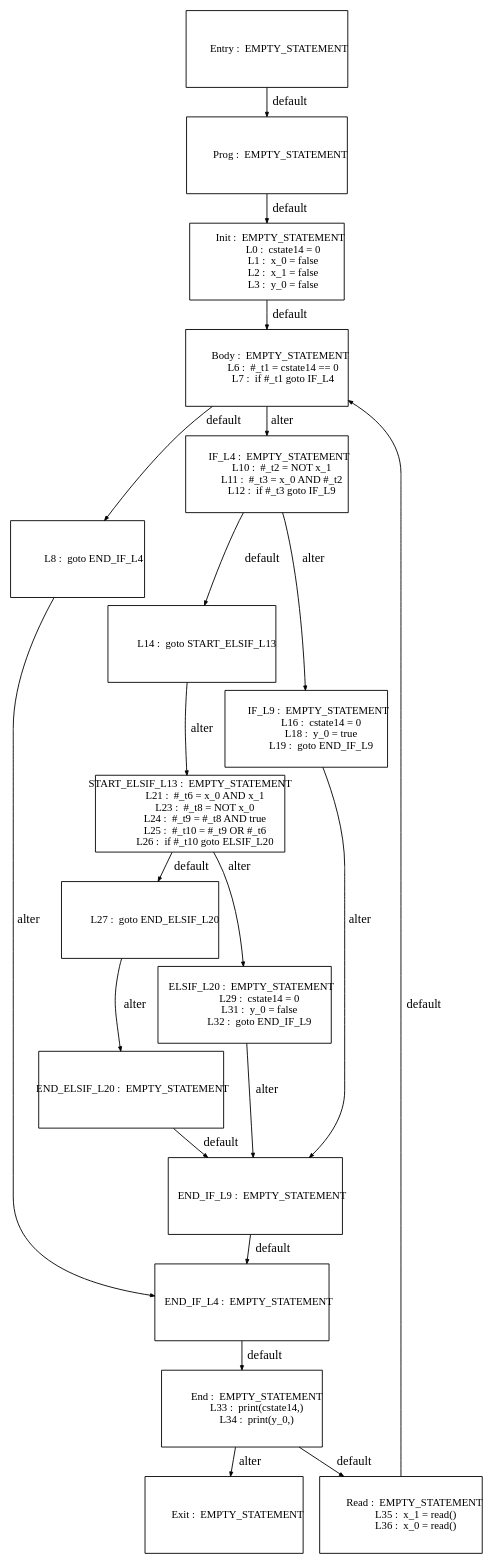
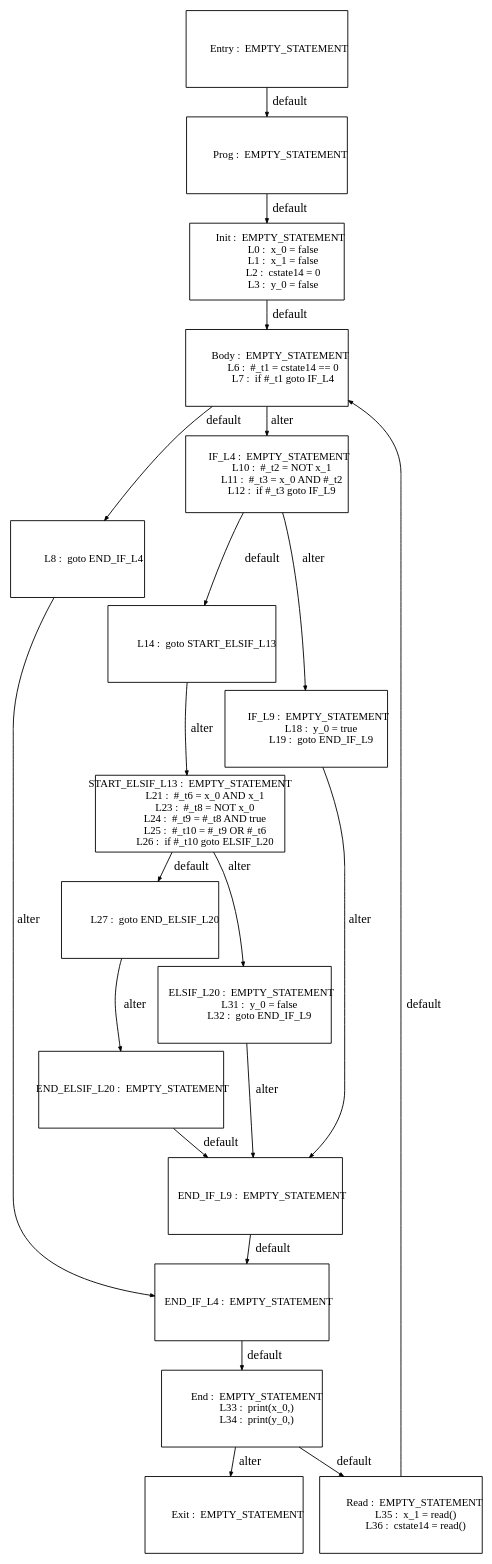
The diagram in tests_programs/paper1_tests/FB_G4LTL1_output/Graph_DSE_0.dot (Geoffrey1014/ST_DSE), drawn with Graphviz before and after one commit. The commit also changed 45 other files, not shown here.

```diff
--- a/tests_programs/paper1_tests/FB_G4LTL1_output/Graph_DSE_0.dot
+++ b/tests_programs/paper1_tests/FB_G4LTL1_output/Graph_DSE_0.dot
@@ -1,170 +1,164 @@
 digraph G {
   ranksep=.25;
   edge [arrowsize=.5]
   node [shape=rectangle, fontname="ArialNarrow",
         fontsize=12,  height=1.2];
   "           Prog :  EMPTY_STATEMENT
 "; "           Init :  EMPTY_STATEMENT
-             L0 :  cstate14 = 0
-             L1 :  x_0 = false
-             L2 :  x_1 = false
+             L0 :  x_0 = false
+             L1 :  x_1 = false
+             L2 :  cstate14 = 0
              L3 :  y_0 = false
 "; "           Body :  EMPTY_STATEMENT
              L6 :  #_t1 = cstate14 == 0
              L7 :  if #_t1 goto IF_L4
 "; "             L8 :  goto END_IF_L4
 "; "          IF_L4 :  EMPTY_STATEMENT
             L10 :  #_t2 = NOT x_1
             L11 :  #_t3 = x_0 AND #_t2
             L12 :  if #_t3 goto IF_L9
 "; "            L14 :  goto START_ELSIF_L13
 "; "          IF_L9 :  EMPTY_STATEMENT
-            L16 :  cstate14 = 0
             L18 :  y_0 = true
             L19 :  goto END_IF_L9
 "; "START_ELSIF_L13 :  EMPTY_STATEMENT
             L21 :  #_t6 = x_0 AND x_1
             L23 :  #_t8 = NOT x_0
             L24 :  #_t9 = #_t8 AND true
             L25 :  #_t10 = #_t9 OR #_t6
             L26 :  if #_t10 goto ELSIF_L20
 "; "            L27 :  goto END_ELSIF_L20
 "; "      ELSIF_L20 :  EMPTY_STATEMENT
-            L29 :  cstate14 = 0
             L31 :  y_0 = false
             L32 :  goto END_IF_L9
 "; "  END_ELSIF_L20 :  EMPTY_STATEMENT
 "; "      END_IF_L9 :  EMPTY_STATEMENT
 "; "      END_IF_L4 :  EMPTY_STATEMENT
 "; "          Entry :  EMPTY_STATEMENT
 "; "            End :  EMPTY_STATEMENT
-            L33 :  print(cstate14,)
+            L33 :  print(x_0,)
             L34 :  print(y_0,)
 "; "           Exit :  EMPTY_STATEMENT
 "; "           Read :  EMPTY_STATEMENT
             L35 :  x_1 = read()
-            L36 :  x_0 = read()
+            L36 :  cstate14 = read()
 "; 
   "           Prog :  EMPTY_STATEMENT
 " -> "           Init :  EMPTY_STATEMENT
-             L0 :  cstate14 = 0
-             L1 :  x_0 = false
-             L2 :  x_1 = false
+             L0 :  x_0 = false
+             L1 :  x_1 = false
+             L2 :  cstate14 = 0
              L3 :  y_0 = false
 "  [label="default"];
   "           Init :  EMPTY_STATEMENT
-             L0 :  cstate14 = 0
-             L1 :  x_0 = false
-             L2 :  x_1 = false
+             L0 :  x_0 = false
+             L1 :  x_1 = false
+             L2 :  cstate14 = 0
              L3 :  y_0 = false
 " -> "           Body :  EMPTY_STATEMENT
              L6 :  #_t1 = cstate14 == 0
              L7 :  if #_t1 goto IF_L4
 "  [label="default"];
   "           Body :  EMPTY_STATEMENT
              L6 :  #_t1 = cstate14 == 0
              L7 :  if #_t1 goto IF_L4
 " -> "             L8 :  goto END_IF_L4
 "  [label="default"];
   "           Body :  EMPTY_STATEMENT
              L6 :  #_t1 = cstate14 == 0
              L7 :  if #_t1 goto IF_L4
 " -> "          IF_L4 :  EMPTY_STATEMENT
             L10 :  #_t2 = NOT x_1
             L11 :  #_t3 = x_0 AND #_t2
             L12 :  if #_t3 goto IF_L9
 "  [label="alter"];
   "             L8 :  goto END_IF_L4
 " -> "      END_IF_L4 :  EMPTY_STATEMENT
 "  [label="alter"];
   "          IF_L4 :  EMPTY_STATEMENT
             L10 :  #_t2 = NOT x_1
             L11 :  #_t3 = x_0 AND #_t2
             L12 :  if #_t3 goto IF_L9
 " -> "            L14 :  goto START_ELSIF_L13
 "  [label="default"];
   "          IF_L4 :  EMPTY_STATEMENT
             L10 :  #_t2 = NOT x_1
             L11 :  #_t3 = x_0 AND #_t2
             L12 :  if #_t3 goto IF_L9
 " -> "          IF_L9 :  EMPTY_STATEMENT
-            L16 :  cstate14 = 0
             L18 :  y_0 = true
             L19 :  goto END_IF_L9
 "  [label="alter"];
   "            L14 :  goto START_ELSIF_L13
 " -> "START_ELSIF_L13 :  EMPTY_STATEMENT
             L21 :  #_t6 = x_0 AND x_1
             L23 :  #_t8 = NOT x_0
             L24 :  #_t9 = #_t8 AND true
             L25 :  #_t10 = #_t9 OR #_t6
             L26 :  if #_t10 goto ELSIF_L20
 "  [label="alter"];
   "          IF_L9 :  EMPTY_STATEMENT
-            L16 :  cstate14 = 0
             L18 :  y_0 = true
             L19 :  goto END_IF_L9
 " -> "      END_IF_L9 :  EMPTY_STATEMENT
 "  [label="alter"];
   "START_ELSIF_L13 :  EMPTY_STATEMENT
             L21 :  #_t6 = x_0 AND x_1
             L23 :  #_t8 = NOT x_0
             L24 :  #_t9 = #_t8 AND true
             L25 :  #_t10 = #_t9 OR #_t6
             L26 :  if #_t10 goto ELSIF_L20
 " -> "            L27 :  goto END_ELSIF_L20
 "  [label="default"];
   "START_ELSIF_L13 :  EMPTY_STATEMENT
             L21 :  #_t6 = x_0 AND x_1
             L23 :  #_t8 = NOT x_0
             L24 :  #_t9 = #_t8 AND true
             L25 :  #_t10 = #_t9 OR #_t6
             L26 :  if #_t10 goto ELSIF_L20
 " -> "      ELSIF_L20 :  EMPTY_STATEMENT
-            L29 :  cstate14 = 0
             L31 :  y_0 = false
             L32 :  goto END_IF_L9
 "  [label="alter"];
   "            L27 :  goto END_ELSIF_L20
 " -> "  END_ELSIF_L20 :  EMPTY_STATEMENT
 "  [label="alter"];
   "      ELSIF_L20 :  EMPTY_STATEMENT
-            L29 :  cstate14 = 0
             L31 :  y_0 = false
             L32 :  goto END_IF_L9
 " -> "      END_IF_L9 :  EMPTY_STATEMENT
 "  [label="alter"];
   "  END_ELSIF_L20 :  EMPTY_STATEMENT
 " -> "      END_IF_L9 :  EMPTY_STATEMENT
 "  [label="default"];
   "      END_IF_L9 :  EMPTY_STATEMENT
 " -> "      END_IF_L4 :  EMPTY_STATEMENT
 "  [label="default"];
   "      END_IF_L4 :  EMPTY_STATEMENT
 " -> "            End :  EMPTY_STATEMENT
-            L33 :  print(cstate14,)
+            L33 :  print(x_0,)
             L34 :  print(y_0,)
 "  [label="default"];
   "          Entry :  EMPTY_STATEMENT
 " -> "           Prog :  EMPTY_STATEMENT
 "  [label="default"];
   "            End :  EMPTY_STATEMENT
-            L33 :  print(cstate14,)
+            L33 :  print(x_0,)
             L34 :  print(y_0,)
 " -> "           Read :  EMPTY_STATEMENT
             L35 :  x_1 = read()
-            L36 :  x_0 = read()
+            L36 :  cstate14 = read()
 "  [label="default"];
   "            End :  EMPTY_STATEMENT
-            L33 :  print(cstate14,)
+            L33 :  print(x_0,)
             L34 :  print(y_0,)
 " -> "           Exit :  EMPTY_STATEMENT
 "  [label="alter"];
   "           Read :  EMPTY_STATEMENT
             L35 :  x_1 = read()
-            L36 :  x_0 = read()
+            L36 :  cstate14 = read()
 " -> "           Body :  EMPTY_STATEMENT
              L6 :  #_t1 = cstate14 == 0
              L7 :  if #_t1 goto IF_L4
 "  [label="default"];
 }
```
